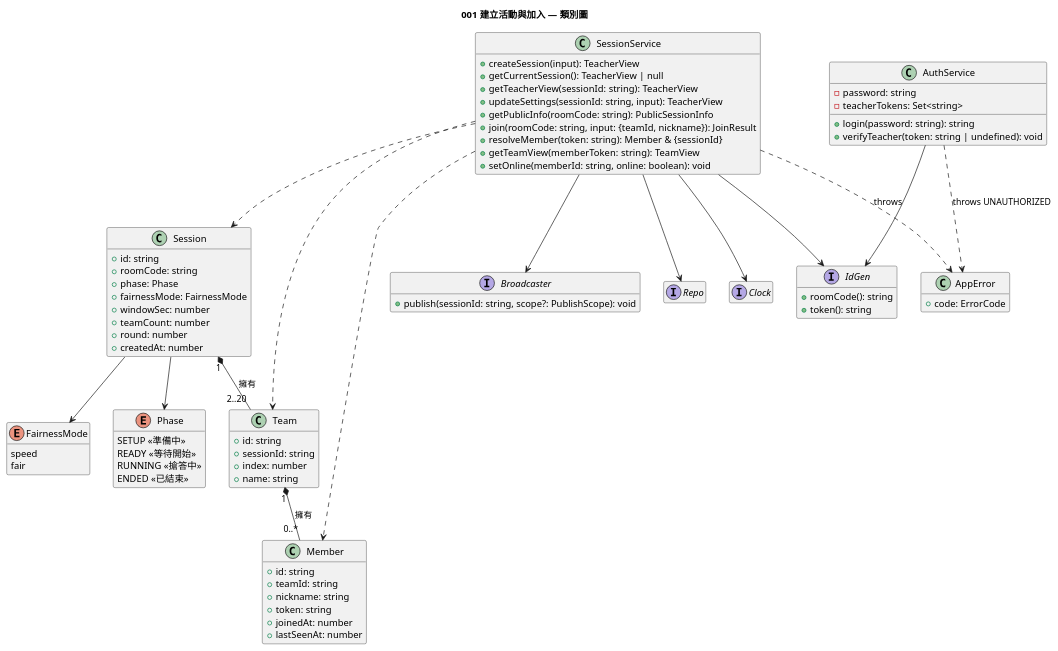
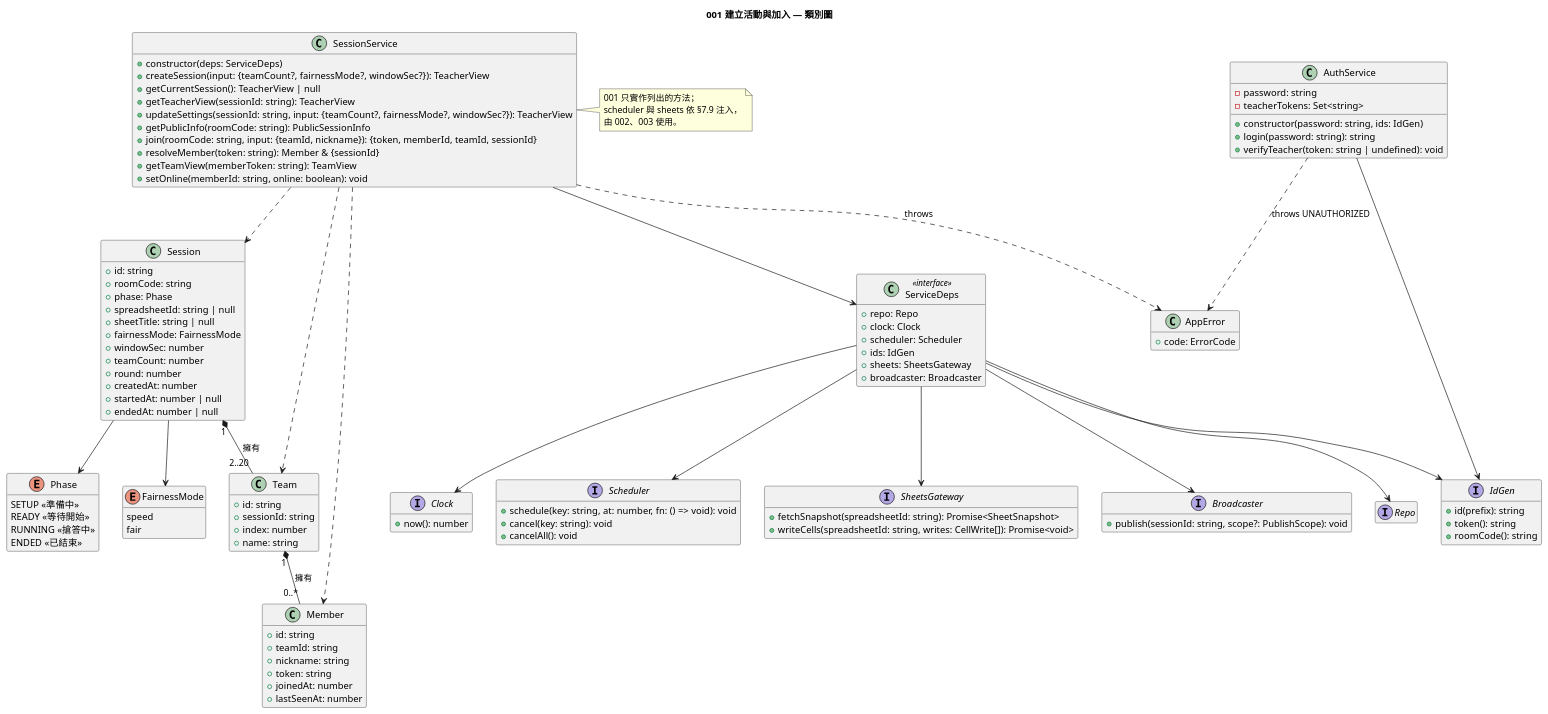
The diagram in diagrams/001-class.puml (mkj-mkj/SE_Final_Project_SpecKit), drawn with PlantUML before and after one commit. The commit also changed 12 other files, not shown here.

```diff
--- a/diagrams/001-class.puml
+++ b/diagrams/001-class.puml
@@ -1,89 +1,125 @@
 @startuml 001-class
 title 001 建立活動與加入 — 類別圖
 hide empty members
 
 enum Phase {
   SETUP <<準備中>>
   READY <<等待開始>>
   RUNNING <<搶答中>>
   ENDED <<已結束>>
 }
 enum FairnessMode {
   speed
   fair
 }
 
 class Session {
   +id: string
   +roomCode: string
   +phase: Phase
+  +spreadsheetId: string | null
+  +sheetTitle: string | null
   +fairnessMode: FairnessMode
   +windowSec: number
   +teamCount: number
   +round: number
   +createdAt: number
+  +startedAt: number | null
+  +endedAt: number | null
 }
 class Team {
   +id: string
   +sessionId: string
   +index: number
   +name: string
 }
 class Member {
   +id: string
   +teamId: string
   +nickname: string
   +token: string
   +joinedAt: number
   +lastSeenAt: number
 }
 
 class AuthService {
   -password: string
   -teacherTokens: Set<string>
+  +constructor(password: string, ids: IdGen)
   +login(password: string): string
   +verifyTeacher(token: string | undefined): void
 }
 
+class ServiceDeps <<interface>> {
+  +repo: Repo
+  +clock: Clock
+  +scheduler: Scheduler
+  +ids: IdGen
+  +sheets: SheetsGateway
+  +broadcaster: Broadcaster
+}
+
 class SessionService {
-  +createSession(input): TeacherView
+  +constructor(deps: ServiceDeps)
+  +createSession(input: {teamCount?, fairnessMode?, windowSec?}): TeacherView
   +getCurrentSession(): TeacherView | null
   +getTeacherView(sessionId: string): TeacherView
-  +updateSettings(sessionId: string, input): TeacherView
+  +updateSettings(sessionId: string, input: {teamCount?, fairnessMode?, windowSec?}): TeacherView
   +getPublicInfo(roomCode: string): PublicSessionInfo
-  +join(roomCode: string, input: {teamId, nickname}): JoinResult
+  +join(roomCode: string, input: {teamId, nickname}): {token, memberId, teamId, sessionId}
   +resolveMember(token: string): Member & {sessionId}
   +getTeamView(memberToken: string): TeamView
   +setOnline(memberId: string, online: boolean): void
 }
 
 interface Broadcaster {
   +publish(sessionId: string, scope?: PublishScope): void
 }
 interface Repo
-interface Clock
+interface Clock {
+  +now(): number
+}
+interface Scheduler {
+  +schedule(key: string, at: number, fn: () => void): void
+  +cancel(key: string): void
+  +cancelAll(): void
+}
 interface IdGen {
+  +id(prefix): string
+  +token(): string
   +roomCode(): string
-  +token(): string
+}
+interface SheetsGateway {
+  +fetchSnapshot(spreadsheetId: string): Promise<SheetSnapshot>
+  +writeCells(spreadsheetId: string, writes: CellWrite[]): Promise<void>
 }
 
 class AppError {
   +code: ErrorCode
 }
 
+note right of SessionService
+  001 只實作列出的方法；
+  scheduler 與 sheets 依 §7.9 注入，
+  由 002、003 使用。
+end note
+
 Session "1" *-- "2..20" Team : 擁有
 Team "1" *-- "0..*" Member : 擁有
 Session --> Phase
 Session --> FairnessMode
 
-SessionService --> Repo
-SessionService --> Clock
-SessionService --> IdGen
-SessionService --> Broadcaster
+SessionService --> ServiceDeps
+ServiceDeps --> Repo
+ServiceDeps --> Clock
+ServiceDeps --> Scheduler
+ServiceDeps --> IdGen
+ServiceDeps --> SheetsGateway
+ServiceDeps --> Broadcaster
 SessionService ..> Session
 SessionService ..> Team
 SessionService ..> Member
 SessionService ..> AppError : throws
 AuthService --> IdGen
 AuthService ..> AppError : throws UNAUTHORIZED
 @enduml
```
